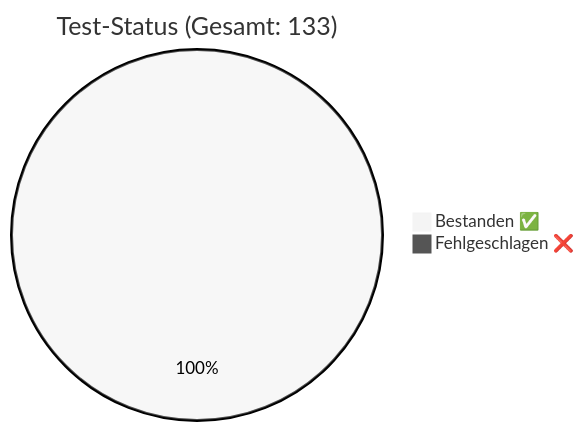
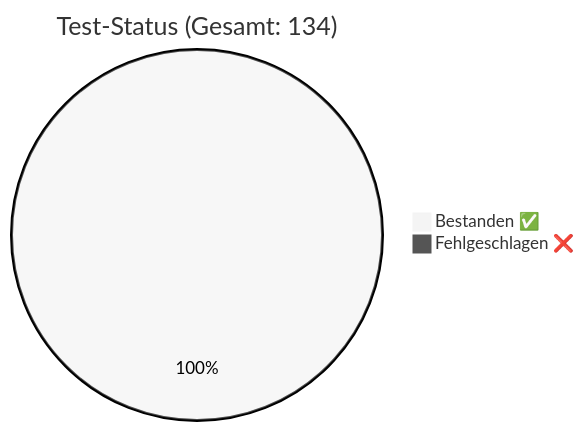
One commit to rorila/GCS changed the diagram in docs/QA_Report.md. Above: the diagram before and after it, drawn with Mermaid (neutral theme). The commit also changed other lines of this file and 6 other files, not shown here.

````diff
--- a/docs/QA_Report.md
+++ b/docs/QA_Report.md
@@ -7,5 +7,5 @@
 ```mermaid
-pie title Test-Status (Gesamt: 133)
-    "Bestanden ✅" : 133
+pie title Test-Status (Gesamt: 134)
+    "Bestanden ✅" : 134
     "Fehlgeschlagen ❌" : 0
 ```
````
